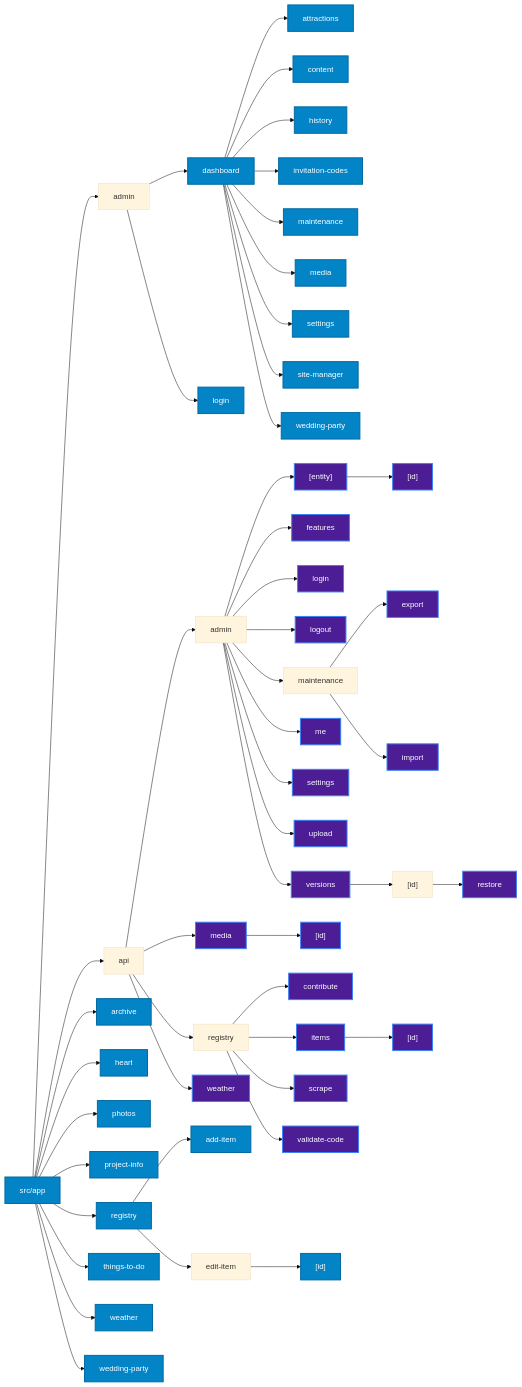
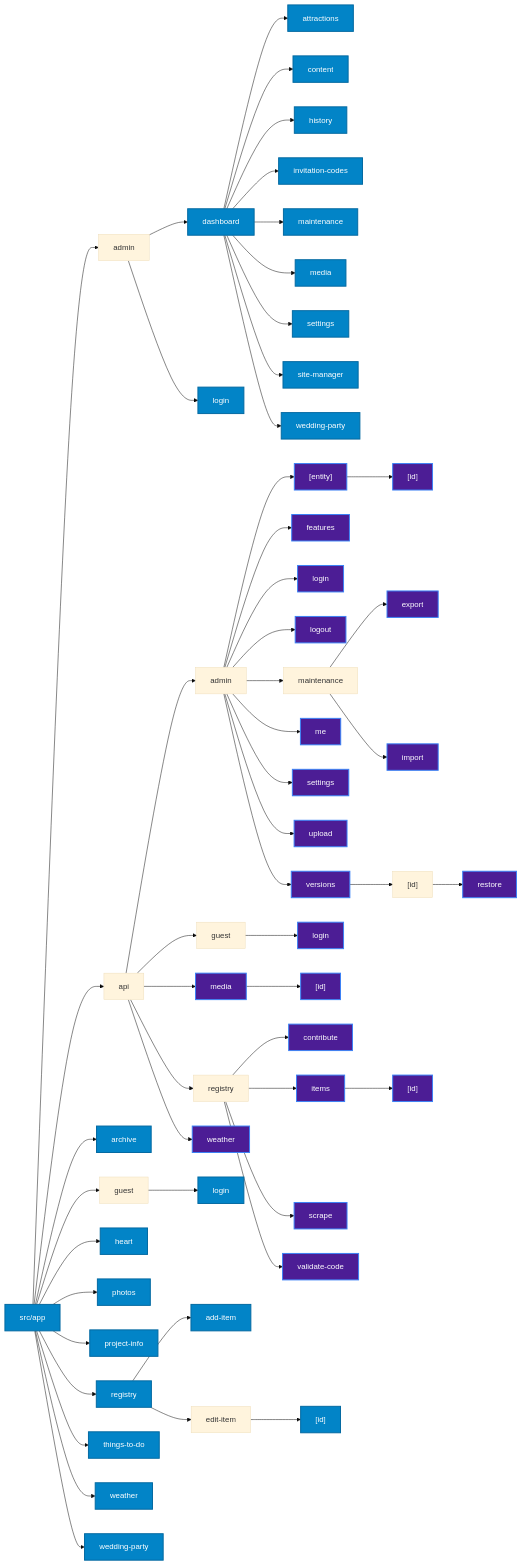
One commit to fderuiter/wedding_website changed the second of 2 diagrams in ARCHITECTURE.md. Above: the diagram before and after it, drawn with Mermaid (base theme). The commit also changed 4 other files, not shown here.

First line of the commit message:
fix(ci): fix build-and-test pipeline and resolve playwright/schema issues

```diff
--- a/ARCHITECTURE.md
+++ b/ARCHITECTURE.md
@@ -91,6 +91,8 @@
     node_api_admin_versions["versions"]
     node_api_admin_versions_id["[id]"]
     node_api_admin_versions_id_restore["restore"]
+    node_api_guest["guest"]
+    node_api_guest_login["login"]
     node_api_media["media"]
     node_api_media_id["[id]"]
     node_api_registry["registry"]
@@ -101,6 +103,8 @@
     node_api_registry_validatecode["validate-code"]
     node_api_weather["weather"]
     node_archive["archive"]
+    node_guest["guest"]
+    node_guest_login["login"]
     node_heart["heart"]
     node_photos["photos"]
     node_projectinfo["project-info"]
@@ -139,6 +143,8 @@
     node_api_admin --> node_api_admin_versions
     node_api_admin_versions --> node_api_admin_versions_id
     node_api_admin_versions_id --> node_api_admin_versions_id_restore
+    node_api --> node_api_guest
+    node_api_guest --> node_api_guest_login
     node_api --> node_api_media
     node_api_media --> node_api_media_id
     node_api --> node_api_registry
@@ -149,6 +155,8 @@
     node_api_registry --> node_api_registry_validatecode
     node_api --> node_api_weather
     App --> node_archive
+    App --> node_guest
+    node_guest --> node_guest_login
     App --> node_heart
     App --> node_photos
     App --> node_projectinfo
@@ -183,6 +191,7 @@
     class node_api_admin_upload api;
     class node_api_admin_versions api;
     class node_api_admin_versions_id_restore api;
+    class node_api_guest_login api;
     class node_api_media api;
     class node_api_media_id api;
     class node_api_registry_contribute api;
@@ -192,6 +201,7 @@
     class node_api_registry_validatecode api;
     class node_api_weather api;
     class node_archive page;
+    class node_guest_login page;
     class node_heart page;
     class node_photos page;
     class node_projectinfo page;
```
